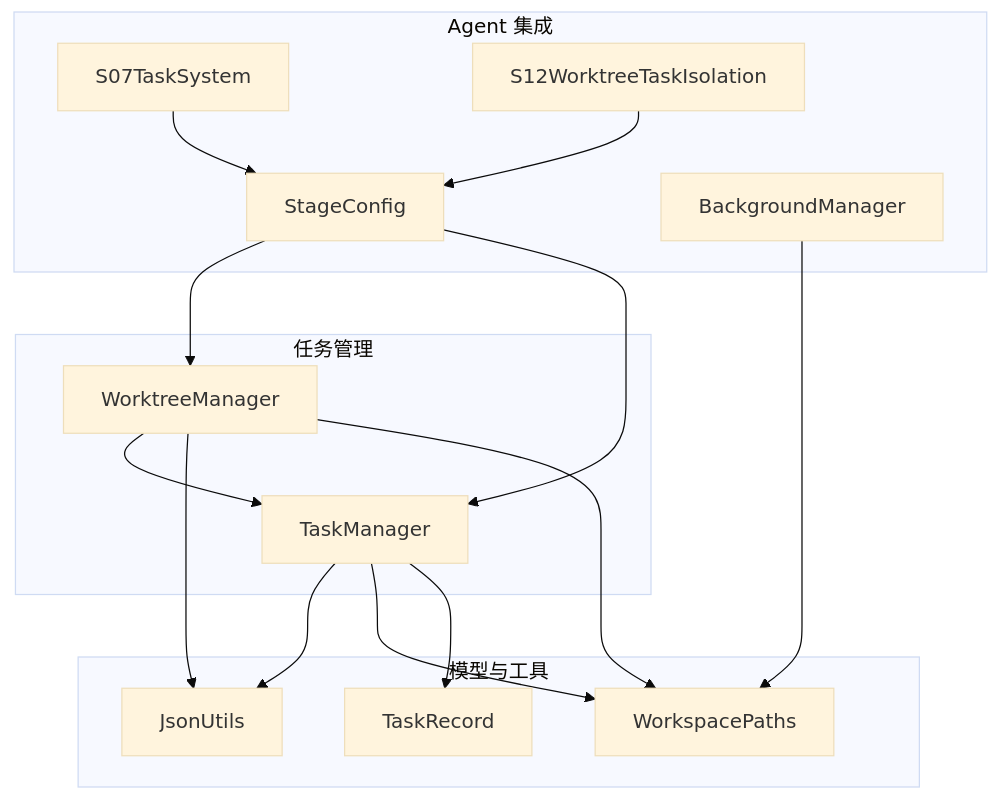
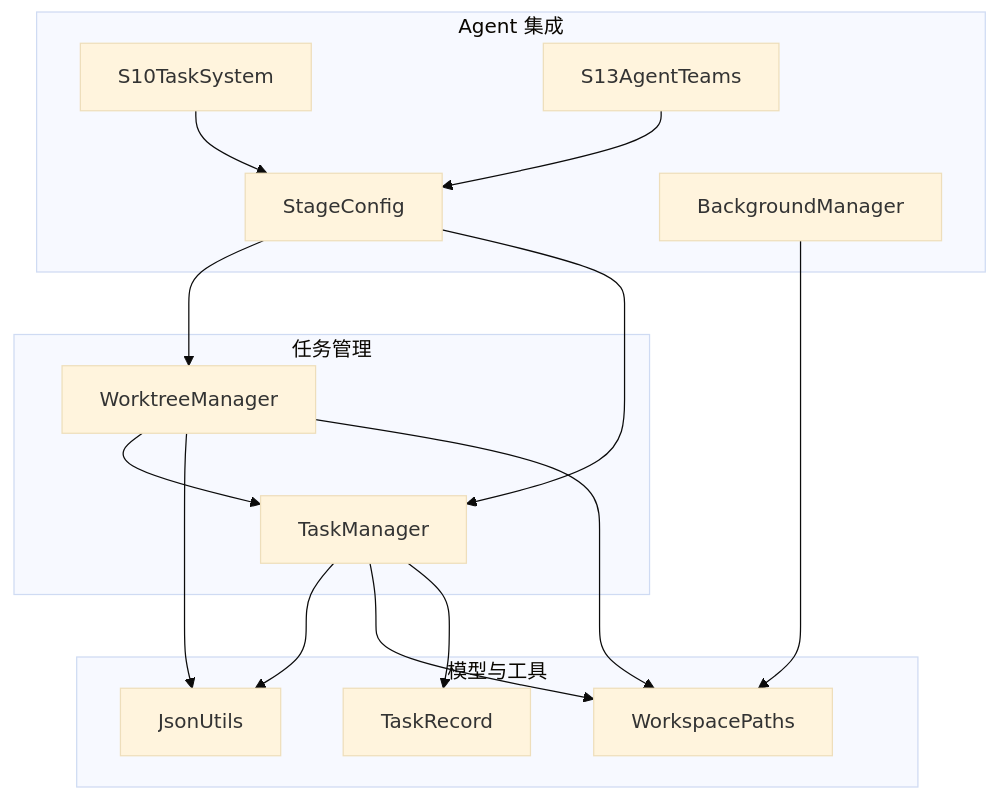
The first of 6 diagrams in .qoder/repowiki/zh/content/任务管理系统/任务管理系统.md (chenlds1994/learn-claude-code-java), drawn with Mermaid (base theme) before and after one commit. The commit also changed other lines of this file and 143 other files, not shown here.

First line of the commit message:
更新 repowiki 与 drawio 教程图至 17 阶段结构

````diff
--- a/.qoder/repowiki/zh/content/任务管理系统/任务管理系统.md
+++ b/.qoder/repowiki/zh/content/任务管理系统/任务管理系统.md
@@ -38,29 +38,29 @@
 ```mermaid
 graph TB
 subgraph "任务管理"
 TM["TaskManager"]
 WM["WorktreeManager"]
 end
 subgraph "模型与工具"
 TR["TaskRecord"]
 WP["WorkspacePaths"]
 JU["JsonUtils"]
 end
 subgraph "Agent 集成"
 SC["StageConfig"]
-S07["S07TaskSystem"]
-S12["S12WorktreeTaskIsolation"]
+S10["S10TaskSystem"]
+S13["S13AgentTeams"]
 BG["BackgroundManager"]
 end
 TM --> TR
 TM --> WP
 TM --> JU
 WM --> WP
 WM --> JU
 WM --> TM
 SC --> TM
 SC --> WM
-S07 --> SC
-S12 --> SC
+S10 --> SC
+S13 --> SC
 BG --> WP
 ```
````
